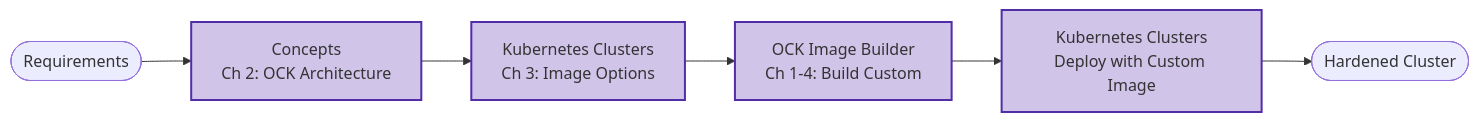
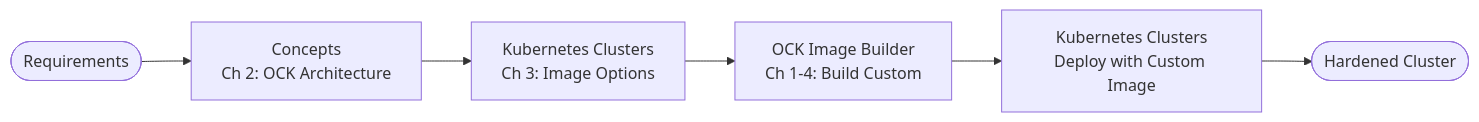
The sixth of 8 diagrams in _portfolio/ocne2_information_architecture.md (alison-holloway/alison-holloway.github.io), drawn with Mermaid before and after one commit. The commit also changed other lines of this file and 3 other files, not shown here.

First line of the commit message:
Add Mermaid diagram formatting system and apply new template styling

````diff
--- a/_portfolio/ocne2_information_architecture.md
+++ b/_portfolio/ocne2_information_architecture.md
@@ -233,12 +185,10 @@
 ```mermaid
-%%{init: {"theme": "default"}}%%
 flowchart LR
-    Start([Requirements]) --> CON["Concepts<br/>Ch 2: OCK Architecture"]
-    CON --> KC1["Kubernetes Clusters<br/>Ch 3: Image Options"]
-    KC1 --> OCK["OCK Image Builder<br/>Ch 1-4: Build Custom"]
-    OCK --> KC2["Kubernetes Clusters<br/>Deploy with Custom Image"]
-    KC2 --> Done([Hardened Cluster])
-
-    classDef path fill:#D1C4E9,stroke:#512DA8,stroke-width:2px
-    class CON,KC1,OCK,KC2 path
+  Start([Requirements]) --> CON["Concepts<br/>Ch 2: OCK Architecture"]
+  CON --> KC1["Kubernetes Clusters<br/>Ch 3: Image Options"]
+  KC1 --> OCK["OCK Image Builder<br/>Ch 1-4: Build Custom"]
+  OCK --> KC2["Kubernetes Clusters<br/>Deploy with Custom Image"]
+  KC2 --> Done([Hardened Cluster])
+  classDef chapter fill:#fff,stroke:#F1D302,stroke-width:2px,color:#235789,font-size:16px,font-weight:bold;
+  classDef workflowNode fill:#fff,stroke:#C1292E,stroke-width:2px,color:#235789,font-size:16px,font-weight:bold;
 ```
````
